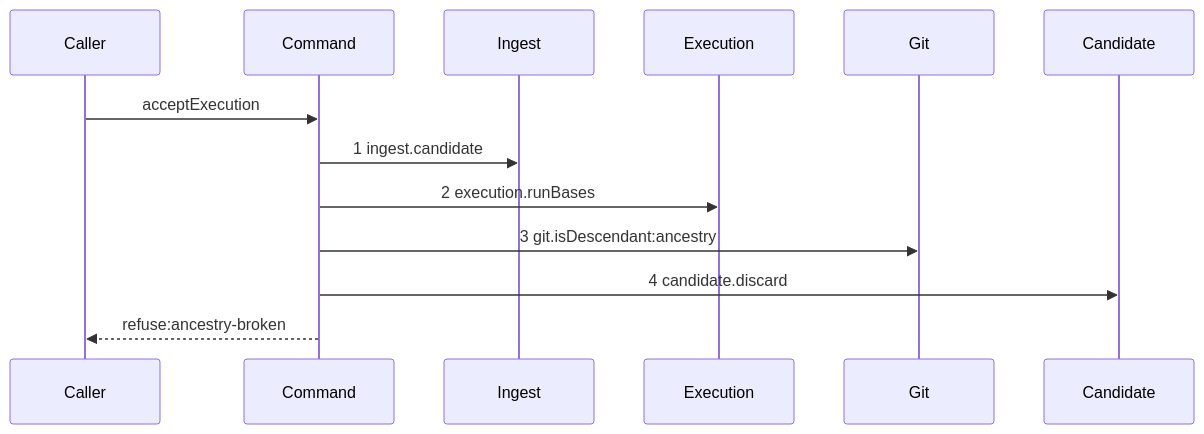
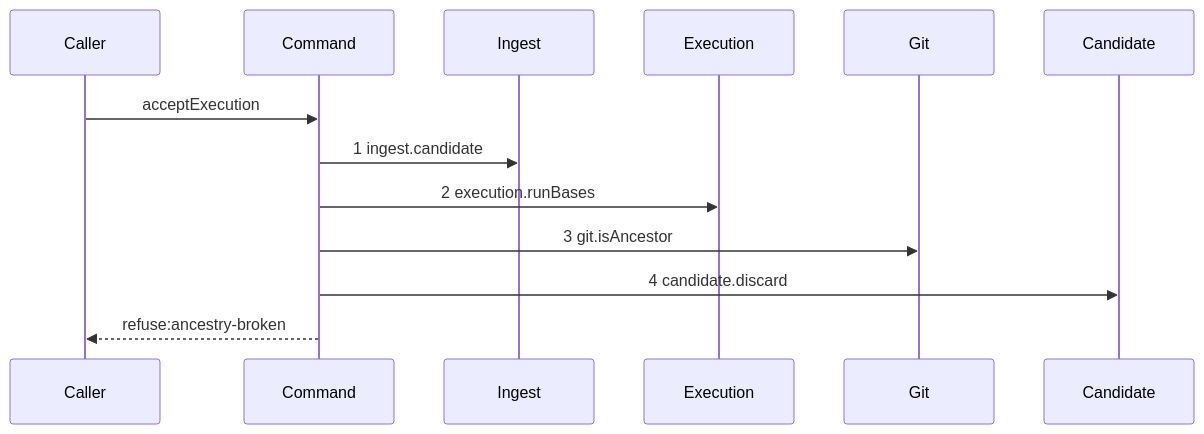
The tenth of 22 diagrams in .agents/plan/epics/051-the-execution-checkpoint.md (kanthorlabs/kanthord-engine), drawn with Mermaid before and after one commit. The commit also changed other lines of this file, not shown here.

````diff
--- a/.agents/plan/epics/051-the-execution-checkpoint.md
+++ b/.agents/plan/epics/051-the-execution-checkpoint.md
@@ -411,15 +467,15 @@
 ```mermaid
 sequenceDiagram
     participant Caller
     participant Command
     participant Ingest
     participant Execution
     participant Git
     participant Candidate
     Caller->>Command: acceptExecution
     Command->>Ingest: 1 ingest.candidate
     Command->>Execution: 2 execution.runBases
-    Command->>Git: 3 git.isDescendant:ancestry
+    Command->>Git: 3 git.isAncestor
     Command->>Candidate: 4 candidate.discard
     Command-->>Caller: refuse:ancestry-broken
 ```
````
